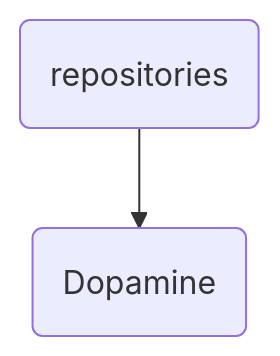
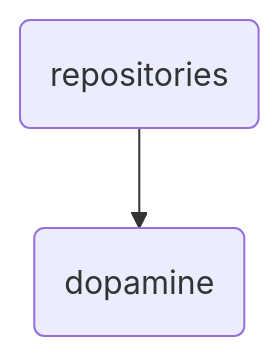
The diagram in brain/knowledge/repositories/Dopamine/_DIR_IDENTITY.md (LongLeo287/OmniClaw), drawn with Mermaid before and after one commit. The commit also changed other lines of this file and 8993 other files, not shown here.

````diff
--- a/brain/knowledge/repositories/Dopamine/_DIR_IDENTITY.md
+++ b/brain/knowledge/repositories/Dopamine/_DIR_IDENTITY.md
@@ -21,4 +21,4 @@
 ```mermaid
 graph TD
-  Parent("repositories") --> Node("Dopamine")
+  Parent("repositories") --> Node("dopamine")
 ```
````
